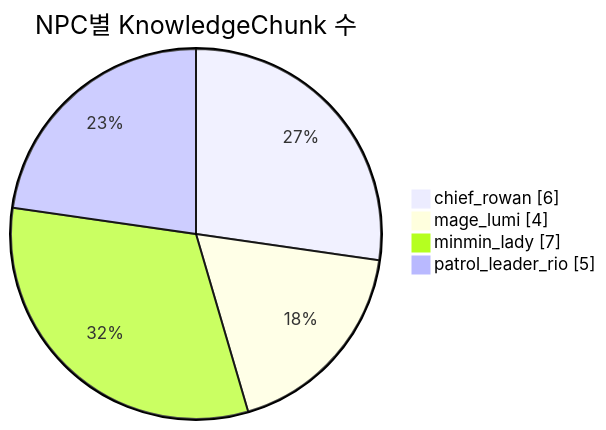
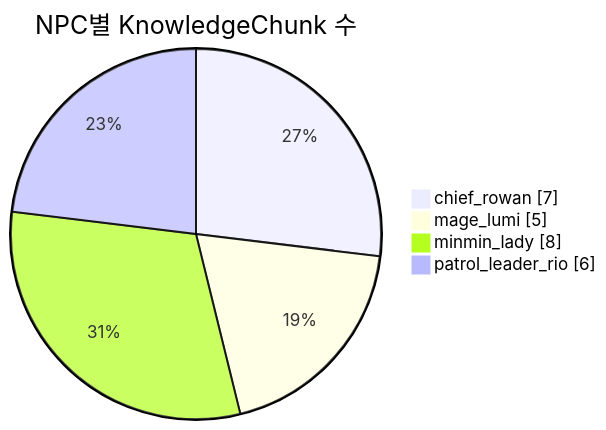
The eighth of 20 diagrams in docs/system_architecture.md (HRDI0/npc_persona), drawn with Mermaid before and after one commit. The commit also changed other lines of this file and 34 other files, not shown here.

Commit message:
docs: refresh GraphRAG docs, presentation, and refactor code

````diff
--- a/docs/system_architecture.md
+++ b/docs/system_architecture.md
@@ -421,8 +421,8 @@
 ```mermaid
 pie showData
     title NPC별 KnowledgeChunk 수
-    "chief_rowan" : 6
-    "mage_lumi" : 4
-    "minmin_lady" : 7
-    "patrol_leader_rio" : 5
+    "chief_rowan" : 7
+    "mage_lumi" : 5
+    "minmin_lady" : 8
+    "patrol_leader_rio" : 6
 ```
````
